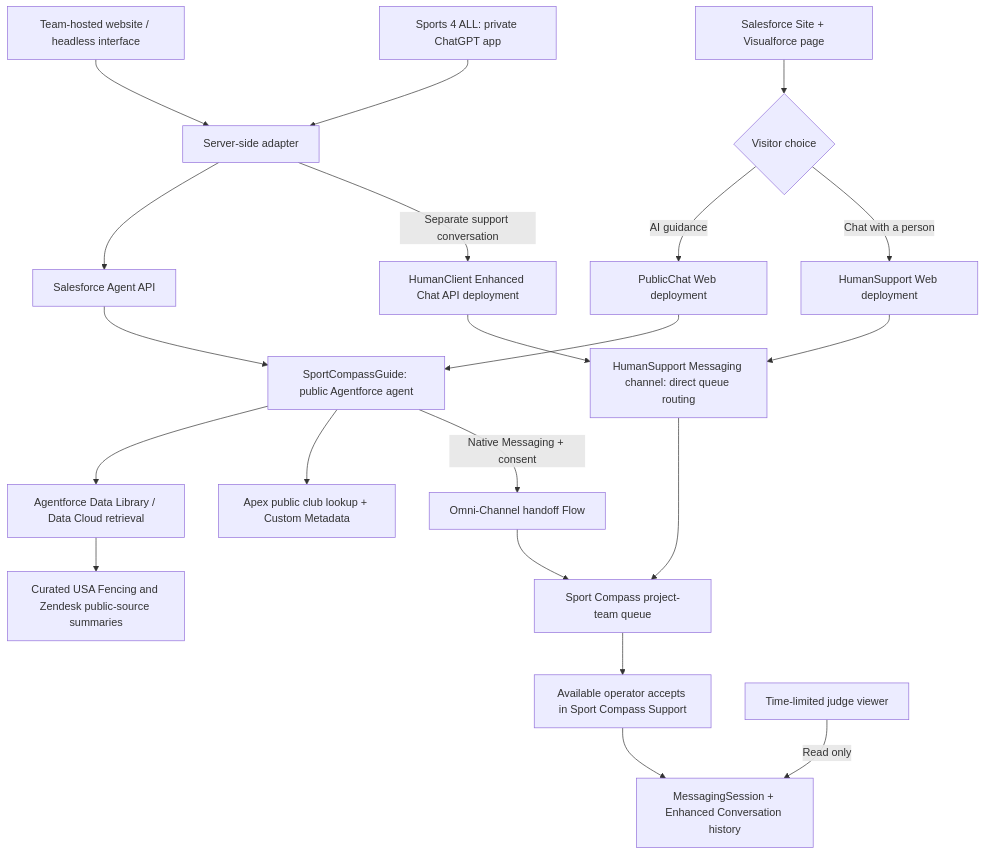
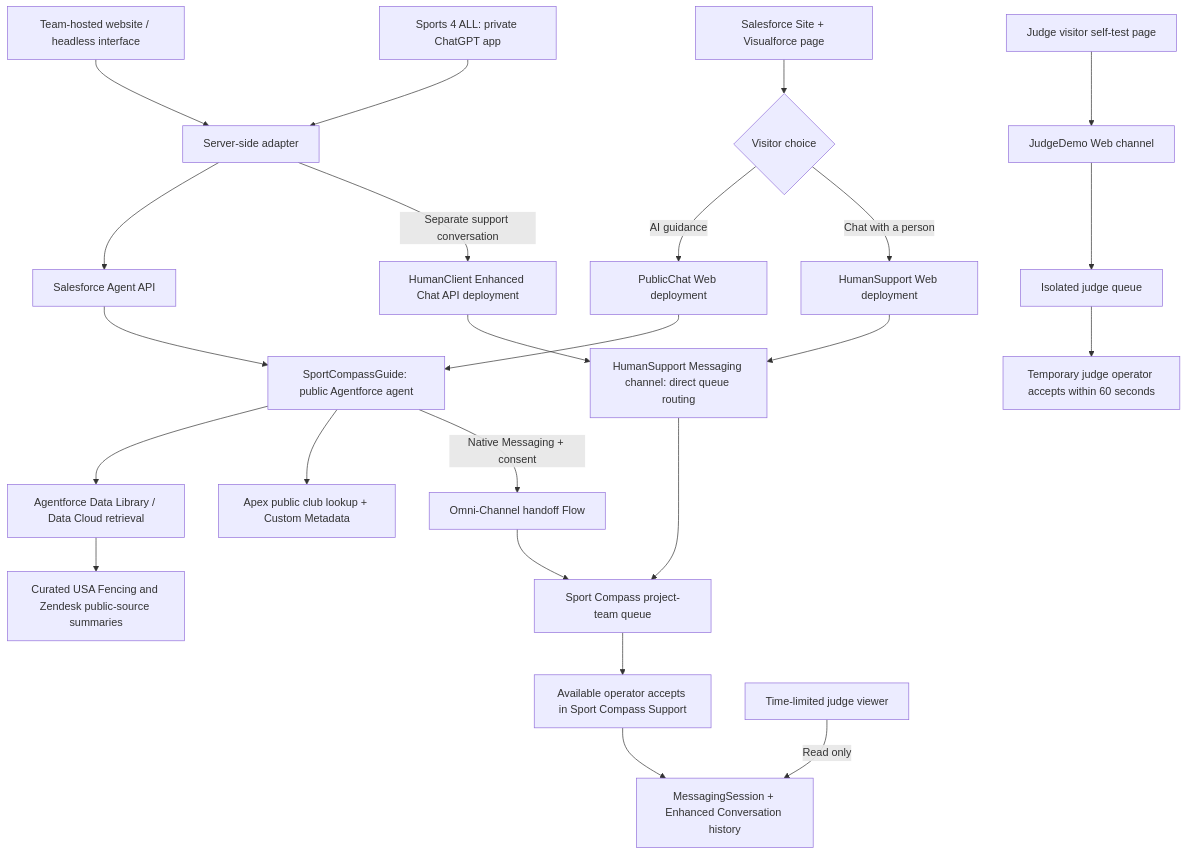
The diagram in README.md (gpallavi704/sports-for-all-agentforce), drawn with Mermaid before and after one commit. The commit also changed other lines of this file and 14 other files, not shown here.

Commit message:
Add isolated temporary judge chat self-test

````diff
--- a/README.md
+++ b/README.md
@@ -108,23 +118,26 @@
 ```mermaid
 flowchart TD
     Web["Team-hosted website / headless interface"] --> Backend["Server-side adapter"]
     PrivateApp["Sports 4 ALL: private ChatGPT app"] --> Backend
     Backend --> API["Salesforce Agent API"]
     API --> Guide["SportCompassGuide: public Agentforce agent"]
     Public["Salesforce Site + Visualforce page"] --> Choice{"Visitor choice"}
     Choice -->|"AI guidance"| AIWeb["PublicChat Web deployment"]
     AIWeb --> Guide
     Guide --> Knowledge["Agentforce Data Library / Data Cloud retrieval"]
     Knowledge --> Sources["Curated USA Fencing and Zendesk public-source summaries"]
     Guide --> Lookup["Apex public club lookup + Custom Metadata"]
     Guide -->|"Native Messaging + consent"| Flow["Omni-Channel handoff Flow"]
     Flow --> Queue["Sport Compass project-team queue"]
     Choice -->|"Chat with a person"| HumanWeb["HumanSupport Web deployment"]
     HumanWeb --> HumanChannel["HumanSupport Messaging channel: direct queue routing"]
     Backend -->|"Separate support conversation"| HumanAPI["HumanClient Enhanced Chat API deployment"]
     HumanAPI --> HumanChannel
     HumanChannel --> Queue
     Queue --> Operator["Available operator accepts in Sport Compass Support"]
     Operator --> Records["MessagingSession + Enhanced Conversation history"]
     Judge["Time-limited judge viewer"] -->|"Read only"| Records
+    JudgeVisitor["Judge visitor self-test page"] --> JudgeChannel["JudgeDemo Web channel"]
+    JudgeChannel --> JudgeQueue["Isolated judge queue"]
+    JudgeQueue --> JudgeOperator["Temporary judge operator accepts within 60 seconds"]
 ```
````
